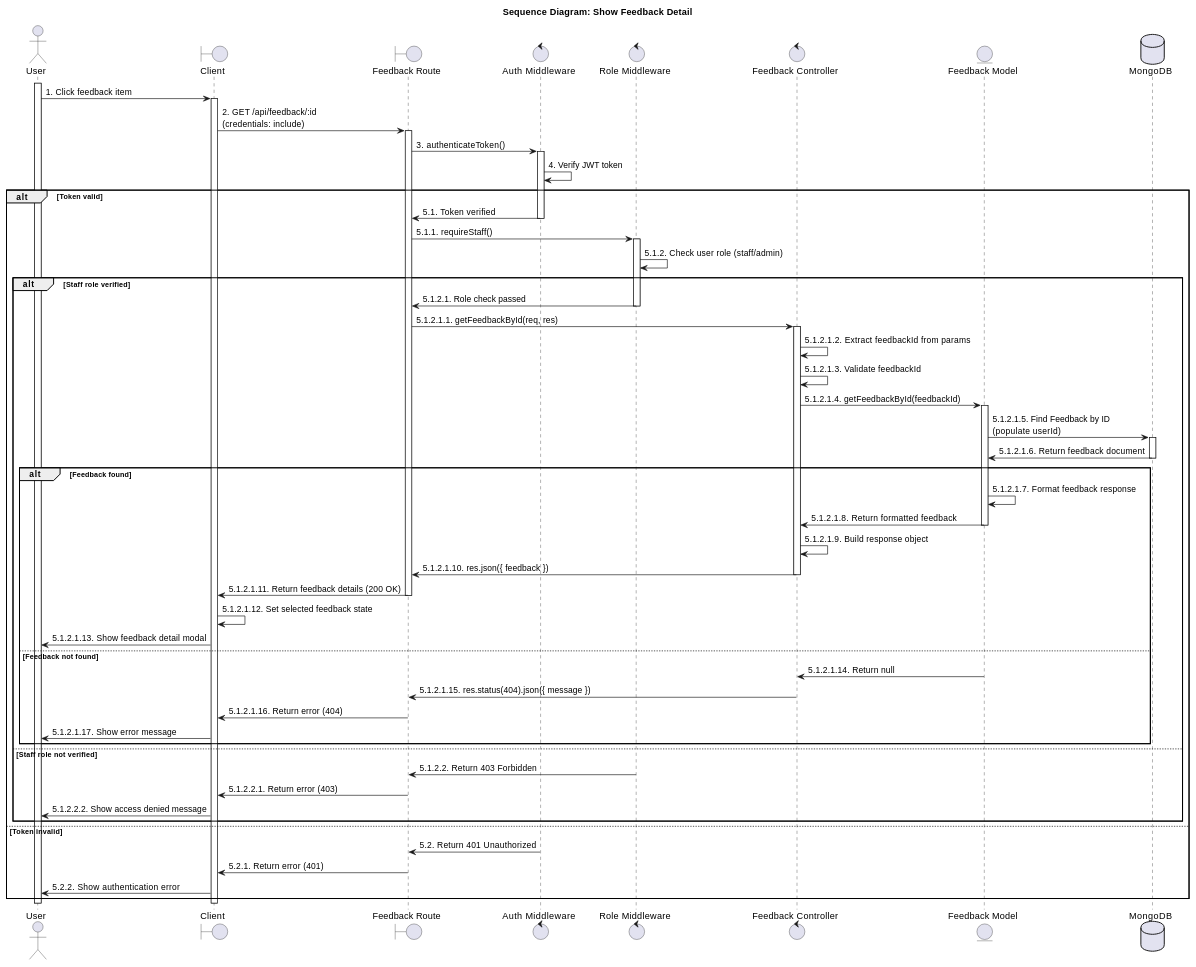
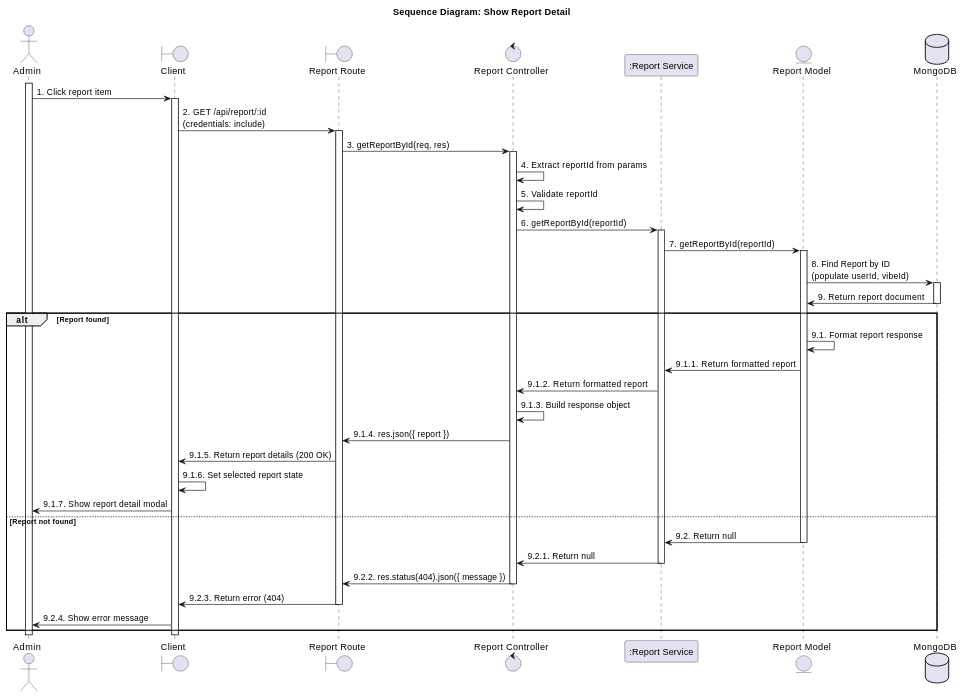
Before and after one commit to SvnFrs/re-oldvibes: the second of 8 diagrams in SEQUENCE_DIAGRAMS_UC.md, drawn with PlantUML. The commit also changed other lines of this file and 1 other file, not shown here.

````diff
--- a/SEQUENCE_DIAGRAMS_UC.md
+++ b/SEQUENCE_DIAGRAMS_UC.md
@@ -81,78 +54,56 @@
 ```plantuml
-@startuml Show Feedback Detail
-title Sequence Diagram: Show Feedback Detail
+@startuml Show Report Detail
+title Sequence Diagram: Show Report Detail
 
-actor User
+actor Admin
 boundary "Client" as Client
-boundary "Feedback Route" as Route
-control "Auth Middleware" as AuthMiddleware
-control "Role Middleware" as RoleMiddleware
-control "Feedback Controller" as Controller
-entity "Feedback Model" as Model
+boundary "Report Route" as Route
+control "Report Controller" as Controller
+participant ":Report Service" as Service
+entity "Report Model" as Model
 database "MongoDB" as Database
 
-activate User
-User -> Client : 1. Click feedback item
+activate Admin
+Admin -> Client : 1. Click report item
 activate Client
-Client -> Route : 2. GET /api/feedback/:id\n(credentials: include)
+Client -> Route : 2. GET /api/report/:id\n(credentials: include)
 activate Route
-Route -> AuthMiddleware : 3. authenticateToken()
-activate AuthMiddleware
-AuthMiddleware -> AuthMiddleware : 4. Verify JWT token
-alt Token valid
-    AuthMiddleware -> Route : 5.1. Token verified
-    deactivate AuthMiddleware
-    Route -> RoleMiddleware : 5.1.1. requireStaff()
-    activate RoleMiddleware
-    RoleMiddleware -> RoleMiddleware : 5.1.2. Check user role (staff/admin)
-    alt Staff role verified
-        RoleMiddleware -> Route : 5.1.2.1. Role check passed
-        deactivate RoleMiddleware
-        Route -> Controller : 5.1.2.1.1. getFeedbackById(req, res)
-        activate Controller
-        Controller -> Controller : 5.1.2.1.2. Extract feedbackId from params
-        Controller -> Controller : 5.1.2.1.3. Validate feedbackId
-        Controller -> Model : 5.1.2.1.4. getFeedbackById(feedbackId)
-        activate Model
-        Model -> Database : 5.1.2.1.5. Find Feedback by ID\n(populate userId)
-        activate Database
-        Database -> Model : 5.1.2.1.6. Return feedback document
-        deactivate Database
-        alt Feedback found
-            Model -> Model : 5.1.2.1.7. Format feedback response
-            Model -> Controller : 5.1.2.1.8. Return formatted feedback
-            deactivate Model
-            Controller -> Controller : 5.1.2.1.9. Build response object
-            Controller -> Route : 5.1.2.1.10. res.json({ feedback })
-            deactivate Controller
-            Route -> Client : 5.1.2.1.11. Return feedback details (200 OK)
-            deactivate Route
-            Client -> Client : 5.1.2.1.12. Set selected feedback state
-            Client -> User : 5.1.2.1.13. Show feedback detail modal
-        else Feedback not found
-            Model -> Controller : 5.1.2.1.14. Return null
-            deactivate Model
-            Controller -> Route : 5.1.2.1.15. res.status(404).json({ message })
-            deactivate Controller
-            Route -> Client : 5.1.2.1.16. Return error (404)
-            deactivate Route
-            Client -> User : 5.1.2.1.17. Show error message
-        end
-    else Staff role not verified
-        RoleMiddleware -> Route : 5.1.2.2. Return 403 Forbidden
-        deactivate RoleMiddleware
-        Route -> Client : 5.1.2.2.1. Return error (403)
-        deactivate Route
-        Client -> User : 5.1.2.2.2. Show access denied message
-    end
-else Token invalid
-    AuthMiddleware -> Route : 5.2. Return 401 Unauthorized
-    deactivate AuthMiddleware
-    Route -> Client : 5.2.1. Return error (401)
+Route -> Controller : 3. getReportById(req, res)
+activate Controller
+Controller -> Controller : 4. Extract reportId from params
+Controller -> Controller : 5. Validate reportId
+Controller -> Service : 6. getReportById(reportId)
+activate Service
+Service -> Model : 7. getReportById(reportId)
+activate Model
+Model -> Database : 8. Find Report by ID\n(populate userId, vibeId)
+activate Database
+Database -> Model : 9. Return report document
+deactivate Database
+
+alt Report found
+    Model -> Model : 9.1. Format report response
+    Model -> Service : 9.1.1. Return formatted report
+    Service -> Controller : 9.1.2. Return formatted report
+    Controller -> Controller : 9.1.3. Build response object
+    Controller -> Route : 9.1.4. res.json({ report })
+    Route -> Client : 9.1.5. Return report details (200 OK)
+    Client -> Client : 9.1.6. Set selected report state
+    Client -> Admin : 9.1.7. Show report detail modal
+else Report not found
+    Model -> Service : 9.2. Return null
+    deactivate Model
+    Service -> Controller : 9.2.1. Return null
+    deactivate Service
+    Controller -> Route : 9.2.2. res.status(404).json({ message })
+    deactivate Controller
+    Route -> Client : 9.2.3. Return error (404)
     deactivate Route
-    Client -> User : 5.2.2. Show authentication error
+    Client -> Admin : 9.2.4. Show error message
 end
+
 deactivate Client
-deactivate User
+deactivate Admin
 @enduml
+
 ```
````
